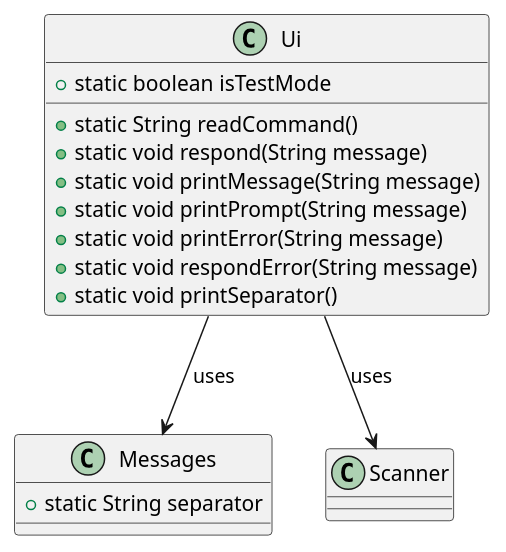
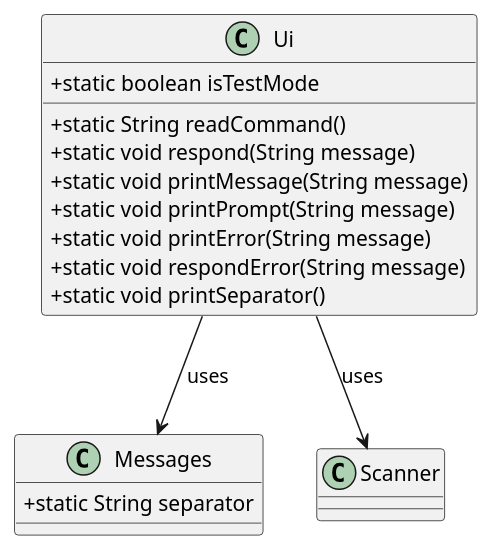
The diagram in docs/diagrams/UIComponent_ClassDiagram.puml (ashutoshalung/tp), drawn with PlantUML before and after one commit. The commit also changed 3 other files, not shown here.

Commit message:
Fix UI component class diagram

```diff
--- a/docs/diagrams/UIComponent_ClassDiagram.puml
+++ b/docs/diagrams/UIComponent_ClassDiagram.puml
@@ -2,19 +1,22 @@
 @startuml
+skinparam classAttributeIconSize 0
+skinparam classStyle rectangle
+
 class Ui {
-    +static boolean isTestMode
-    +static String readCommand()
-    +static void respond(String message)
-    +static void printMessage(String message)
-    +static void printPrompt(String message)
-    +static void printError(String message)
-    +static void respondError(String message)
-    +static void printSeparator()
+  +static boolean isTestMode
+  +static String readCommand()
+  +static void respond(String message)
+  +static void printMessage(String message)
+  +static void printPrompt(String message)
+  +static void printError(String message)
+  +static void respondError(String message)
+  +static void printSeparator()
 }
 
 class Messages {
-    +static String separator
+  +static String separator
 }
 
 Ui --> Messages : uses
 Ui --> Scanner : uses
 @enduml
```
